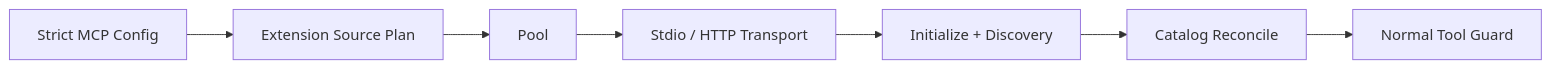
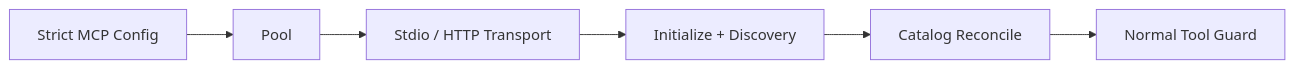
The diagram in docs/book/zh-CN/11-extension-ecosystem/03-integrating-mcp.md (fwtllh-png/CodeHelper), drawn with Mermaid before and after one commit. The commit also changed other lines of this file and 56 other files, not shown here.

````diff
--- a/docs/book/zh-CN/11-extension-ecosystem/03-integrating-mcp.md
+++ b/docs/book/zh-CN/11-extension-ecosystem/03-integrating-mcp.md
@@ -38,9 +36,8 @@
 ```mermaid
 flowchart LR
-    C[Strict MCP Config] --> E[Extension Source Plan]
-    E --> P[Pool]
+    C[Strict MCP Config] --> P[Pool]
     P --> T[Stdio / HTTP Transport]
     T --> D[Initialize + Discovery]
     D --> R[Catalog Reconcile]
     R --> G[Normal Tool Guard]
 ```
````
